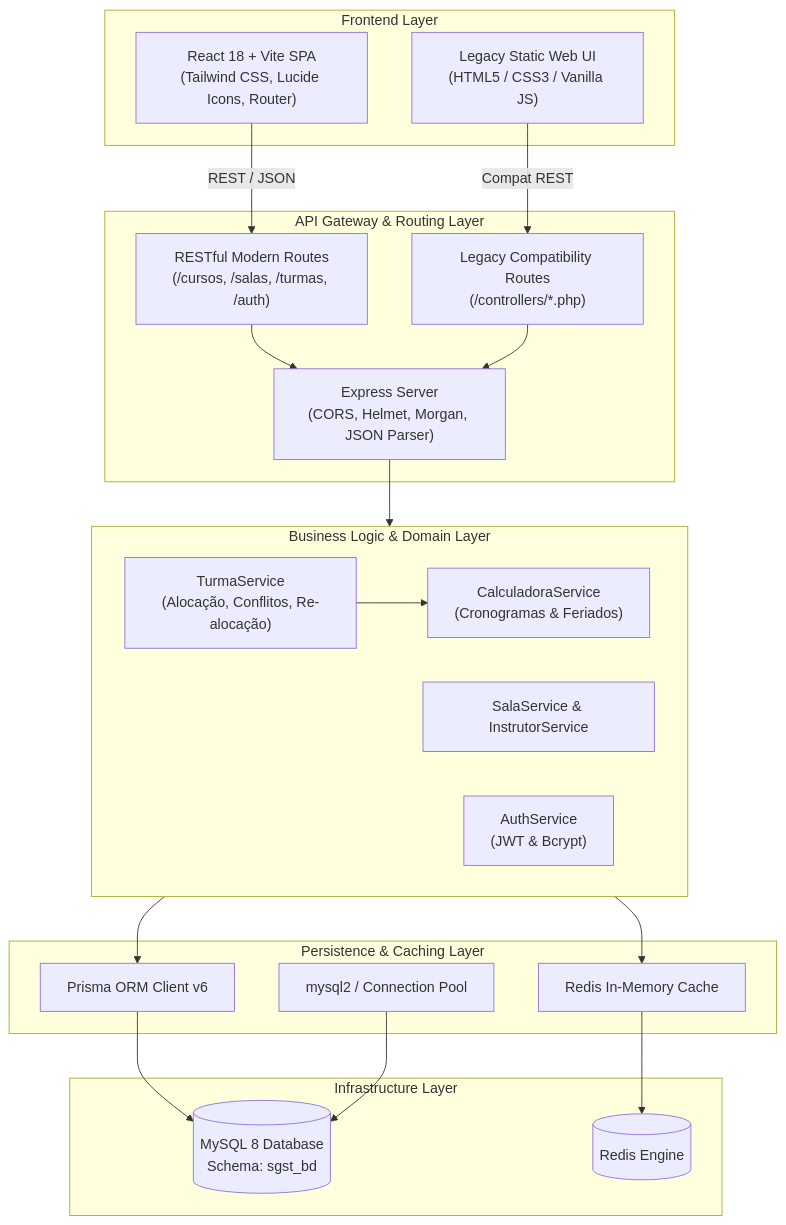
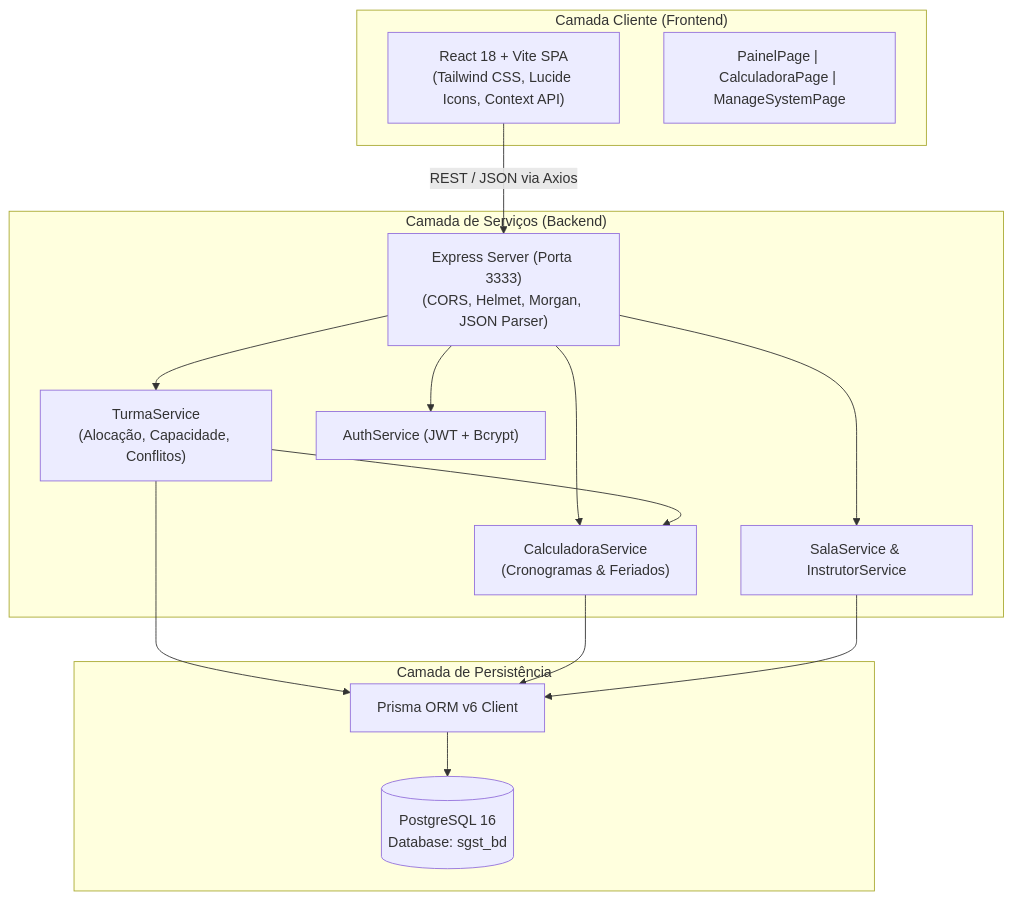
Before and after one commit to SpellmanKing/mapa-sala: the first of 2 diagrams in README.md, drawn with Mermaid. The commit also changed other lines of this file and 31 other files, not shown here.

````diff
--- a/README.md
+++ b/README.md
@@ -91,43 +82,31 @@
 ```mermaid
 graph TD
-    subgraph Frontend["Frontend Layer"]
-        UI_Modern["React 18 + Vite SPA<br/>(Tailwind CSS, Lucide Icons, Router)"]
-        UI_Legacy["Legacy Static Web UI<br/>(HTML5 / CSS3 / Vanilla JS)"]
+    subgraph Client["Camada Cliente (Frontend)"]
+        UI_SPA["React 18 + Vite SPA<br/>(Tailwind CSS, Lucide Icons, Context API)"]
+        Components["PainelPage | CalculadoraPage | ManageSystemPage"]
     end
 
-    subgraph Gateway["API Gateway & Routing Layer"]
-        Express["Express Server<br/>(CORS, Helmet, Morgan, JSON Parser)"]
-        CompatRoutes["Legacy Compatibility Routes<br/>(/controllers/*.php)"]
-        ModernRoutes["RESTful Modern Routes<br/>(/cursos, /salas, /turmas, /auth)"]
+    subgraph Server["Camada de Serviços (Backend)"]
+        Express["Express Server (Porta 3333)<br/>(CORS, Helmet, Morgan, JSON Parser)"]
+        TurmaSvc["TurmaService<br/>(Alocação, Capacidade, Conflitos)"]
+        CalcSvc["CalculadoraService<br/>(Cronogramas & Feriados)"]
+        SalaSvc["SalaService & InstrutorService"]
+        AuthSvc["AuthService (JWT + Bcrypt)"]
     end
 
-    subgraph Services["Business Logic & Domain Layer"]
-        TurmaSvc["TurmaService<br/>(Alocação, Conflitos, Re-alocação)"]
-        CalcSvc["CalculadoraService<br/>(Cronogramas & Feriados)"]
-        SalaSvc["SalaService & InstrutorService"]
-        AuthSvc["AuthService<br/>(JWT & Bcrypt)"]
+    subgraph Data["Camada de Persistência"]
+        PrismaClient["Prisma ORM v6 Client"]
+        Postgres[(PostgreSQL 16<br/>Database: sgst_bd)]
     end
 
-    subgraph Data["Persistence & Caching Layer"]
-        Prisma["Prisma ORM Client v6"]
-        MySQLDriver["mysql2 / Connection Pool"]
-        RedisCache["Redis In-Memory Cache"]
-    end
-
-    subgraph Storage["Infrastructure Layer"]
-        DB[(MySQL 8 Database<br/>Schema: sgst_bd)]
-        RedisInstance[(Redis Engine)]
-    end
-
-    UI_Modern -->|REST / JSON| ModernRoutes
-    UI_Legacy -->|Compat REST| CompatRoutes
-    ModernRoutes --> Express
-    CompatRoutes --> Express
-    Express --> Services
+    UI_SPA -->|REST / JSON via Axios| Express
+    Express --> TurmaSvc
+    Express --> CalcSvc
+    Express --> SalaSvc
+    Express --> AuthSvc
     TurmaSvc --> CalcSvc
-    Services --> Prisma
-    Services --> RedisCache
-    Prisma --> DB
-    MySQLDriver --> DB
-    RedisCache --> RedisInstance
+    TurmaSvc --> PrismaClient
+    CalcSvc --> PrismaClient
+    SalaSvc --> PrismaClient
+    PrismaClient --> Postgres
 ```
````
